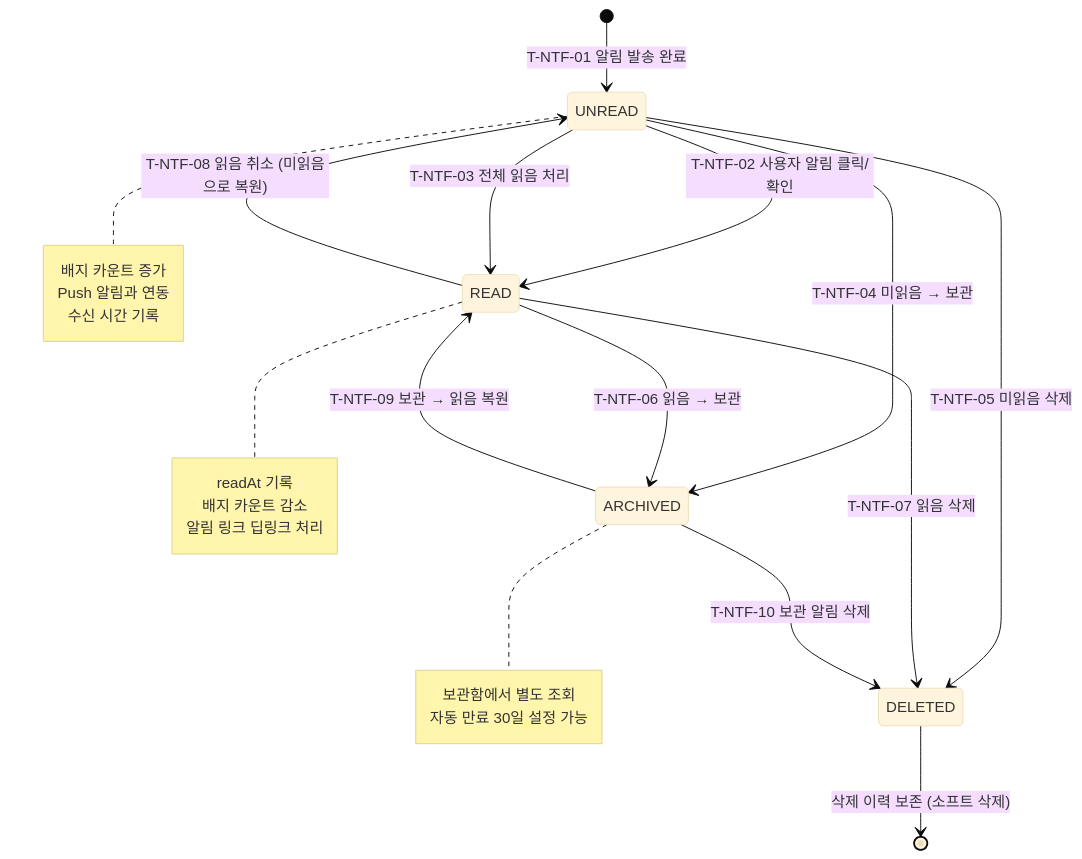
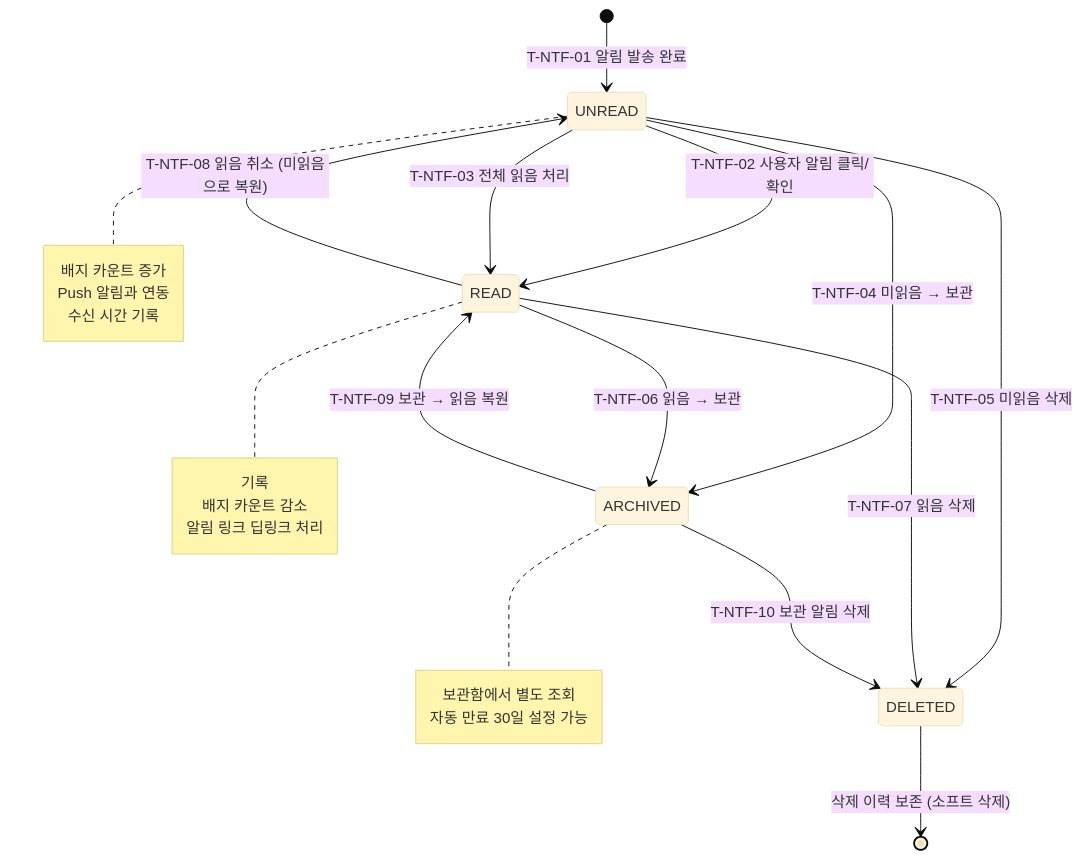
Before and after one commit to dev-spogym/admin-pando: the diagram in docs/다이어그램/20_상태전이도/20-14_NotificationStatus.md, drawn with Mermaid (base theme). The commit also changed other lines of this file and 1660 other files, not shown here.

First line of the commit message:
다이어그램: 기획자/클라이언트 납품본으로 정리

````diff
--- a/docs/다이어그램/20_상태전이도/20-14_NotificationStatus.md
+++ b/docs/다이어그램/20_상태전이도/20-14_NotificationStatus.md
@@ -33,35 +26,35 @@
 ```mermaid
 stateDiagram-v2
     [*] --> UNREAD : T-NTF-01 알림 발송 완료
 
     UNREAD --> READ : T-NTF-02 사용자 알림 클릭/확인
     UNREAD --> READ : T-NTF-03 전체 읽음 처리
     UNREAD --> ARCHIVED : T-NTF-04 미읽음 → 보관
     UNREAD --> DELETED : T-NTF-05 미읽음 삭제
 
     READ --> ARCHIVED : T-NTF-06 읽음 → 보관
     READ --> DELETED : T-NTF-07 읽음 삭제
     READ --> UNREAD : T-NTF-08 읽음 취소 (미읽음으로 복원)
 
     ARCHIVED --> READ : T-NTF-09 보관 → 읽음 복원
     ARCHIVED --> DELETED : T-NTF-10 보관 알림 삭제
 
     DELETED --> [*] : 삭제 이력 보존 (소프트 삭제)
 
     note right of UNREAD
         배지 카운트 증가
         Push 알림과 연동
         수신 시간 기록
     end note
 
     note right of READ
-        readAt 기록
+         기록
         배지 카운트 감소
         알림 링크 딥링크 처리
     end note
 
     note right of ARCHIVED
         보관함에서 별도 조회
         자동 만료 30일 설정 가능
     end note
 ```
````
